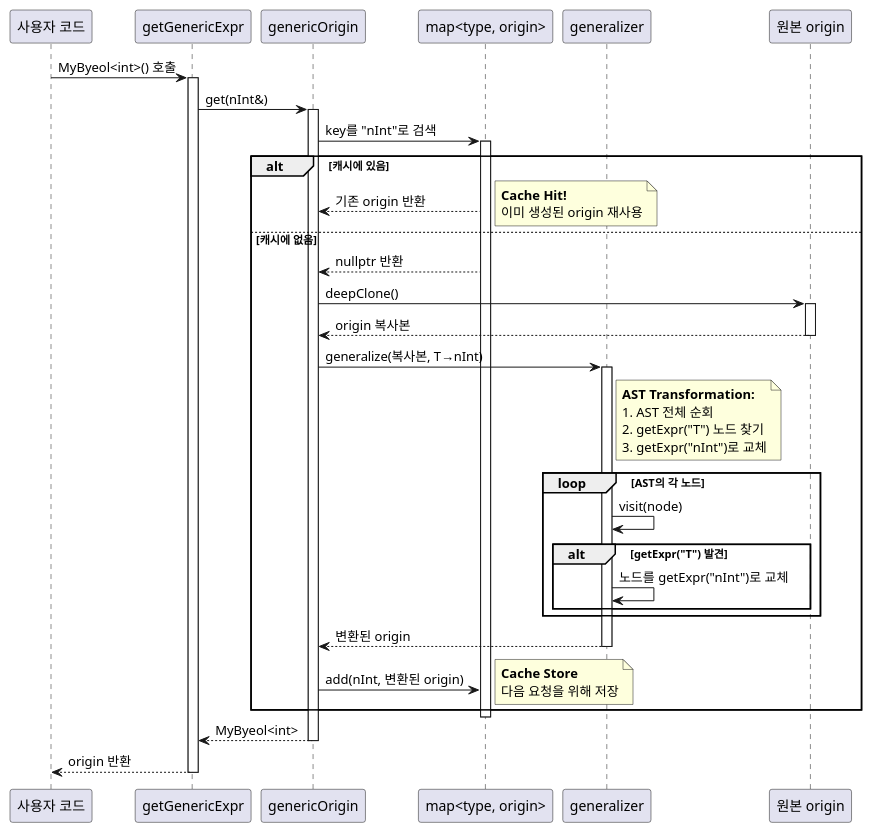
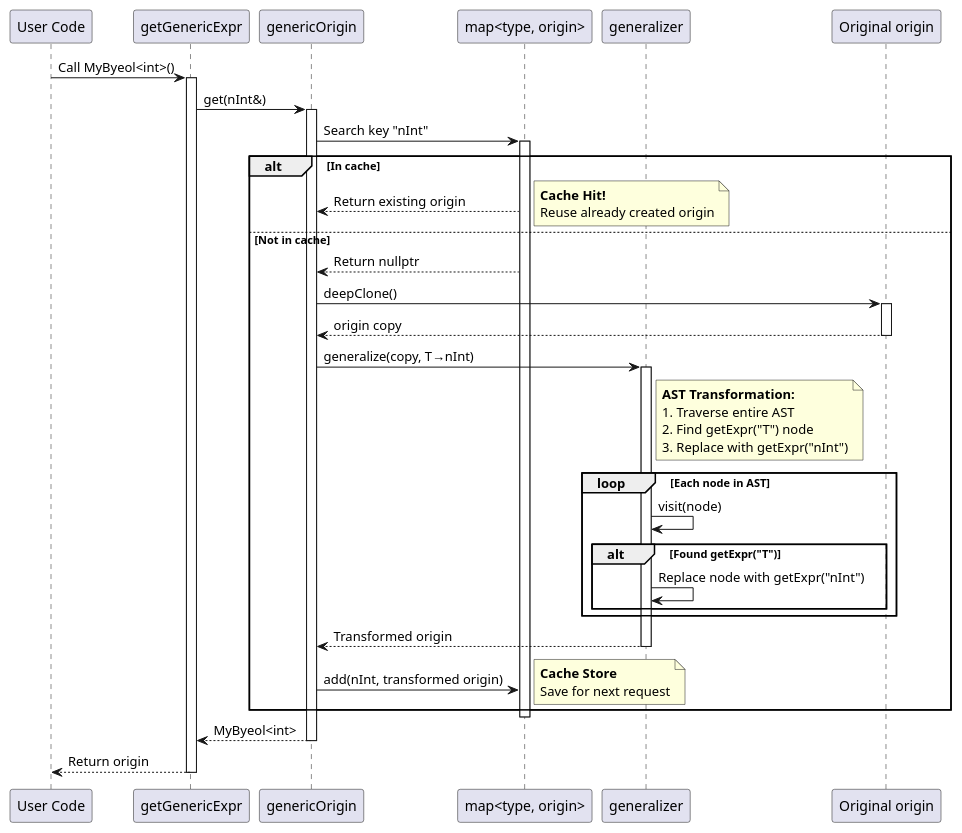
Before and after one commit to byeolang/byeol: the eighth of 19 diagrams in doc/ref/ko/ai-architecture-core.md, drawn with PlantUML. The commit also changed other lines of this file, not shown here.

Commit message:
doc(core): translate english in plantuml to korean

```diff
--- a/doc/ref/ko/ai-architecture-core.md
+++ b/doc/ref/ko/ai-architecture-core.md
@@ -1923,67 +1923,67 @@
 @startuml
-participant "사용자 코드" as user
+participant "User Code" as user
 participant "getGenericExpr" as expr
 participant "genericOrigin" as genOrigin
 participant "map<type, origin>" as cache
 participant "generalizer" as gen
-participant "원본 origin" as org
+participant "Original origin" as org
 
-user -> expr : MyByeol<int>() 호출
+user -> expr : Call MyByeol<int>()
 activate expr
 
 expr -> genOrigin : get(nInt&)
 activate genOrigin
 
-genOrigin -> cache : key를 "nInt"로 검색
+genOrigin -> cache : Search key "nInt"
 activate cache
 
-alt 캐시에 있음
-    cache --> genOrigin : 기존 origin 반환
+alt In cache
+    cache --> genOrigin : Return existing origin
     note right
       <b>Cache Hit!</b>
-      이미 생성된 origin 재사용
+      Reuse already created origin
     end note
 
-else 캐시에 없음
-    cache --> genOrigin : nullptr 반환
+else Not in cache
+    cache --> genOrigin : Return nullptr
 
     genOrigin -> org : deepClone()
     activate org
-    org --> genOrigin : origin 복사본
+    org --> genOrigin : origin copy
     deactivate org
 
-    genOrigin -> gen : generalize(복사본, T→nInt)
+    genOrigin -> gen : generalize(copy, T→nInt)
     activate gen
 
     note right of gen
       <b>AST Transformation:</b>
-      1. AST 전체 순회
-      2. getExpr("T") 노드 찾기
-      3. getExpr("nInt")로 교체
+      1. Traverse entire AST
+      2. Find getExpr("T") node
+      3. Replace with getExpr("nInt")
     end note
 
-    loop AST의 각 노드
+    loop Each node in AST
         gen -> gen : visit(node)
-        alt getExpr("T") 발견
-            gen -> gen : 노드를 getExpr("nInt")로 교체
+        alt Found getExpr("T")
+            gen -> gen : Replace node with getExpr("nInt")
         end
     end
 
-    gen --> genOrigin : 변환된 origin
+    gen --> genOrigin : Transformed origin
     deactivate gen
 
-    genOrigin -> cache : add(nInt, 변환된 origin)
+    genOrigin -> cache : add(nInt, transformed origin)
     note right
       <b>Cache Store</b>
-      다음 요청을 위해 저장
+      Save for next request
     end note
 end
 
 deactivate cache
 
 genOrigin --> expr : MyByeol<int>
 deactivate genOrigin
 
-expr --> user : origin 반환
+expr --> user : Return origin
 deactivate expr
 @enduml
```
